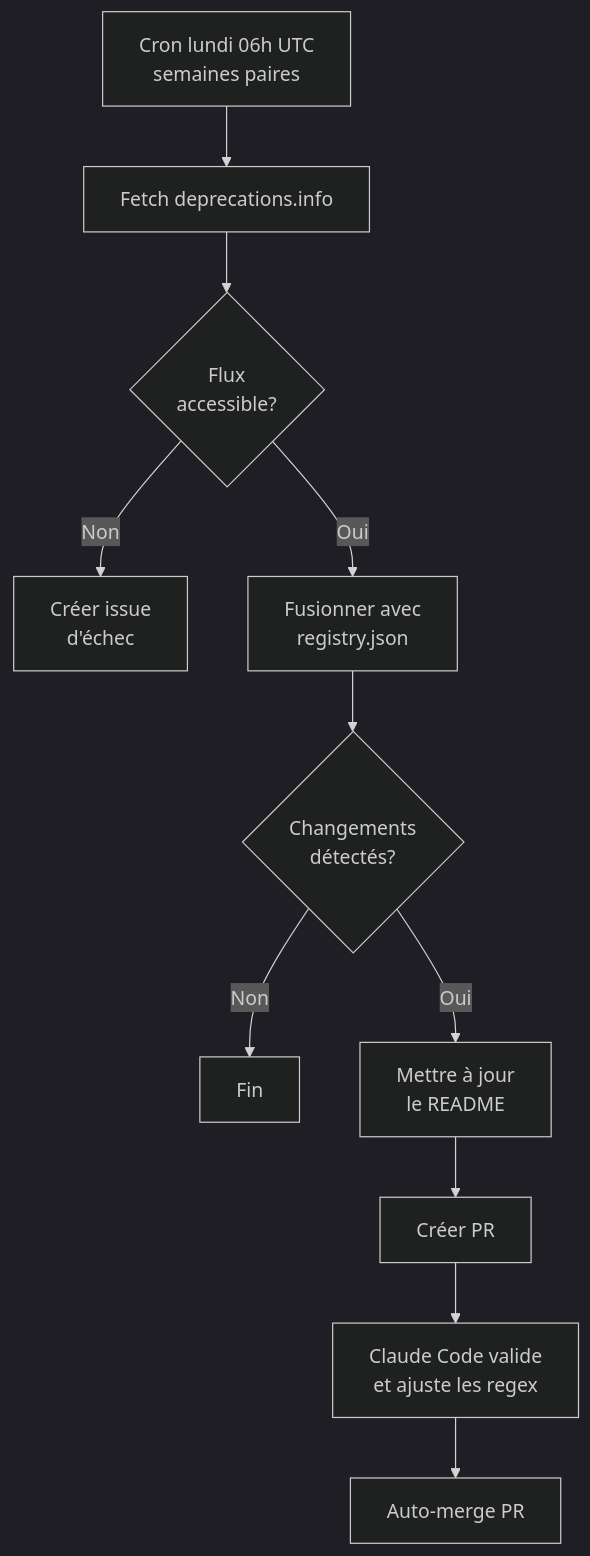
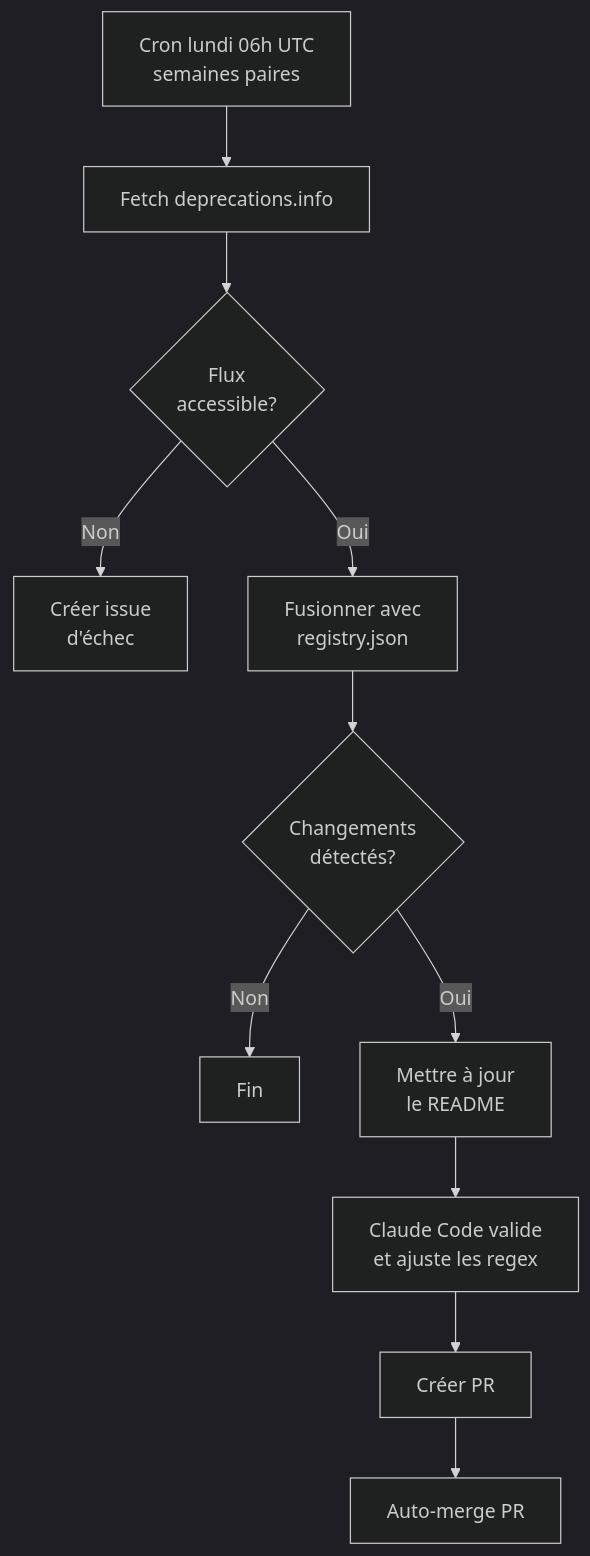
Before and after one commit to Baseline-quebec/tracking-llm-discontinued: the second of 2 diagrams in README.md, drawn with Mermaid (dark theme). The commit also changed other lines of this file and 1 other file, not shown here.

````diff
--- a/README.md
+++ b/README.md
@@ -25,13 +102,13 @@
 ```mermaid
 flowchart TD
     A[Cron lundi 06h UTC<br>semaines paires] --> B[Fetch deprecations.info]
     B --> C{Flux<br>accessible?}
     C -->|Non| D[Créer issue<br>d'échec]
     C -->|Oui| E[Fusionner avec<br>registry.json]
     E --> F{Changements<br>détectés?}
     F -->|Non| G[Fin]
     F -->|Oui| H[Mettre à jour<br>le README]
-    H --> I[Créer PR]
-    I --> J[Claude Code valide<br>et ajuste les regex]
+    H --> I[Claude Code valide<br>et ajuste les regex]
+    I --> J[Créer PR]
     J --> K[Auto-merge PR]
 ```
````
